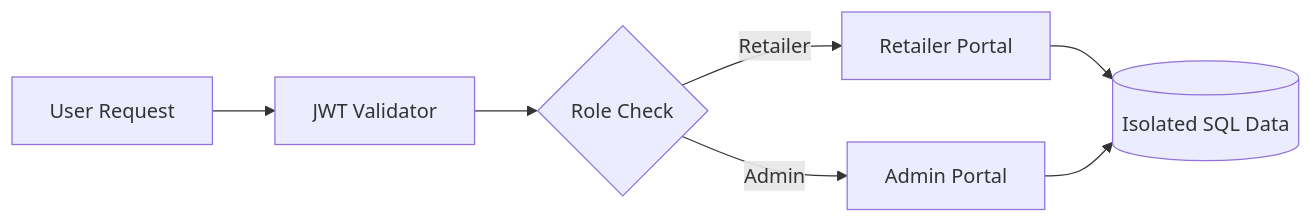
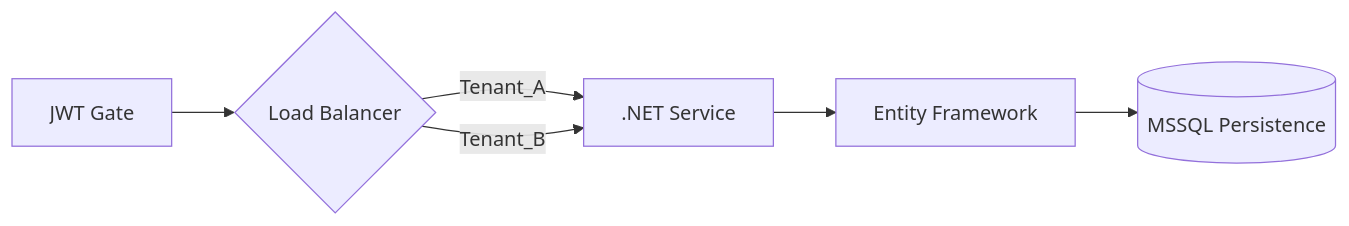
One commit to hareeshkar/hareeshkar changed the third of 3 diagrams in README.md. Above: the diagram before and after it, drawn with Mermaid. The commit also changed other lines of this file, not shown here.

````diff
--- a/README.md
+++ b/README.md
@@ -269,9 +241,8 @@
 ```mermaid
 graph LR
-    U[User Request] --> J[JWT Validator]
-    J --> R{Role Check}
-    R -- Retailer --> P1[Retailer Portal]
-    R -- Admin --> P2[Admin Portal]
-    P1 --> DB[(Isolated SQL Data)]
-    P2 --> DB
+    Auth[JWT Gate] --> Router{Load Balancer}
+    Router -- Tenant_A --> API1[.NET Service]
+    Router -- Tenant_B --> API1
+    API1 --> EF[Entity Framework]
+    EF --> DB[(MSSQL Persistence)]
 ```
````
